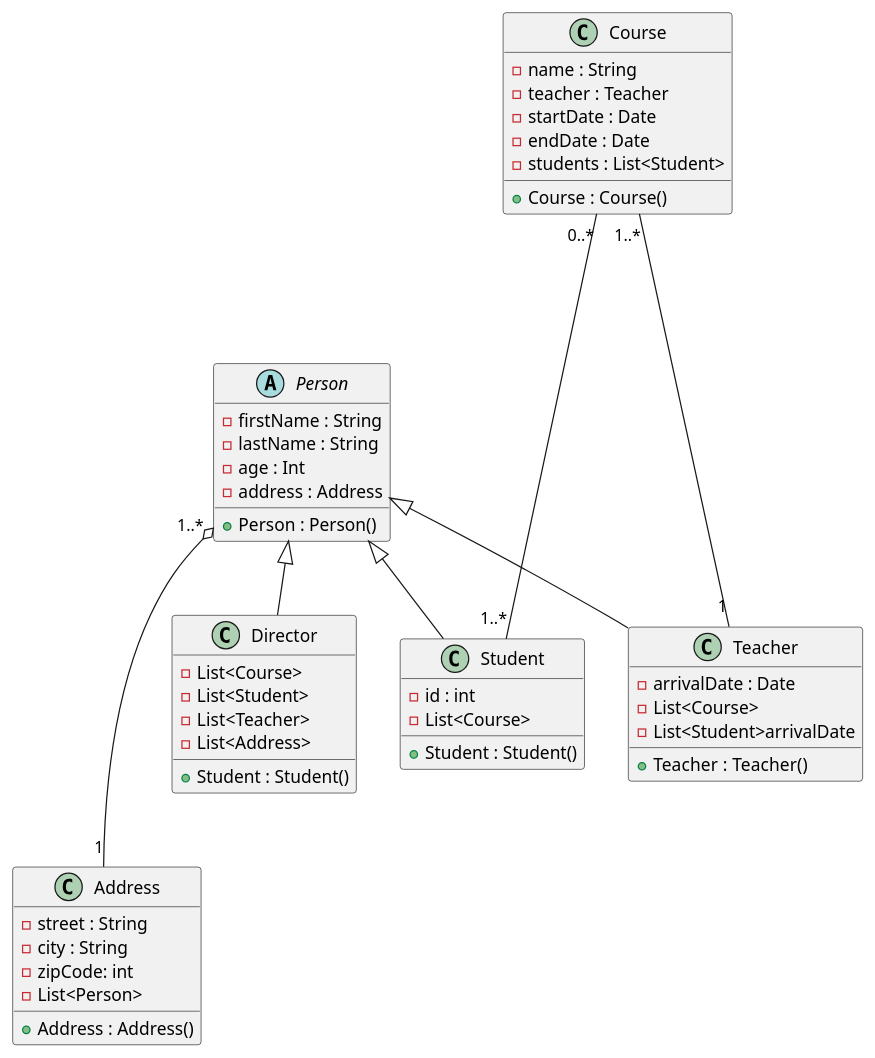
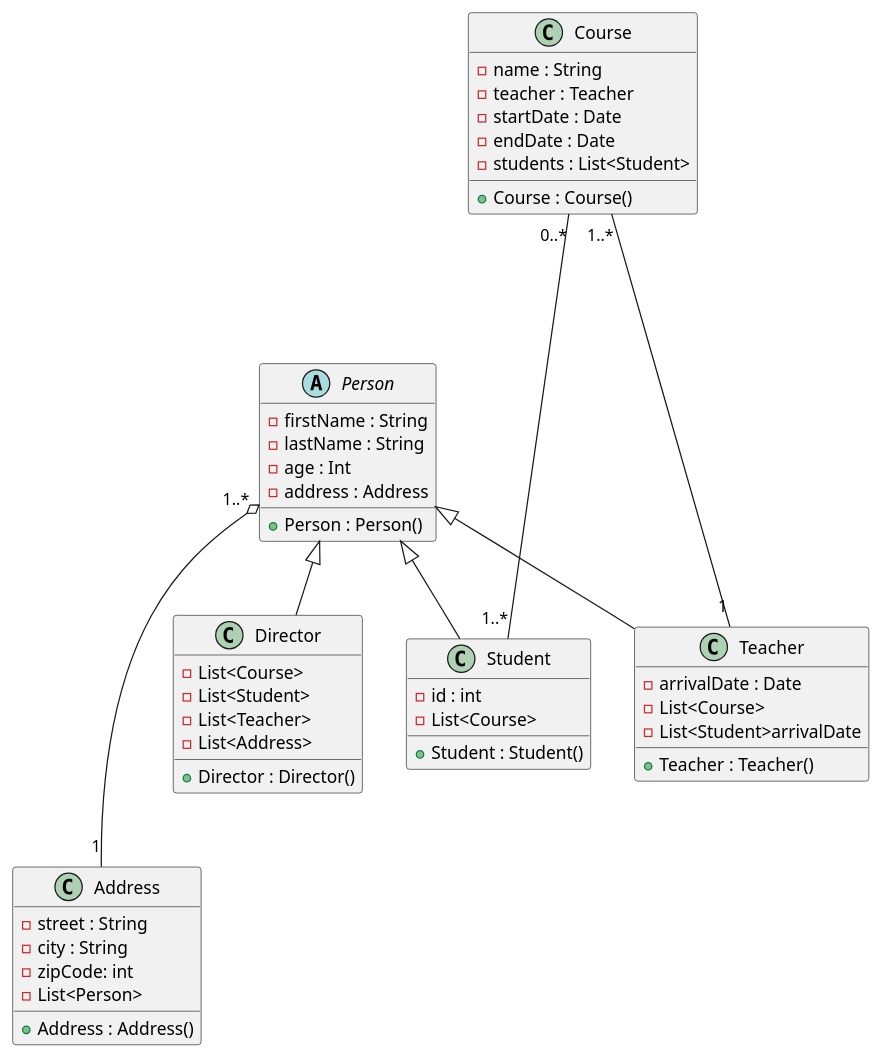
The diagram in doc/DiagramClass.puml (john7440/GestionEcole---Groupe), drawn with PlantUML before and after one commit.

Commit message:
Correction de la classe direcor dans le diagramme de classe

```diff
--- a/doc/DiagramClass.puml
+++ b/doc/DiagramClass.puml
@@ -1,57 +1,57 @@
 @startuml
 
 abstract class  Person{
     - firstName : String
     - lastName : String
     - age : Int
     - address : Address
 
     + Person : Person()
 }
 
 class Address{
     - street : String
     - city : String
     - zipCode: int
     - List<Person>
 
     + Address : Address()
 }
 
 class Director extends Person{
     - List<Course>
     - List<Student>
     - List<Teacher>
     - List<Address>
-    + Student : Student()
+    + Director : Director()
 }
 
 class Student extends Person{
     - id : int
     - List<Course>
     + Student : Student()
 }
 
 class Teacher extends Person{
     - arrivalDate : Date
     - List<Course>
     - List<Student>arrivalDate
     + Teacher : Teacher()
 }
 
 class Course{
     - name : String
     - teacher : Teacher
     - startDate : Date
     - endDate : Date
     - students : List<Student>
 
     + Course : Course()
 }
 
 Person "1..*" o--- "1" Address
 Course "1..*" ---- "1" Teacher
 Course "0..*" ---- "1..*" Student
 
 
 @enduml
```
